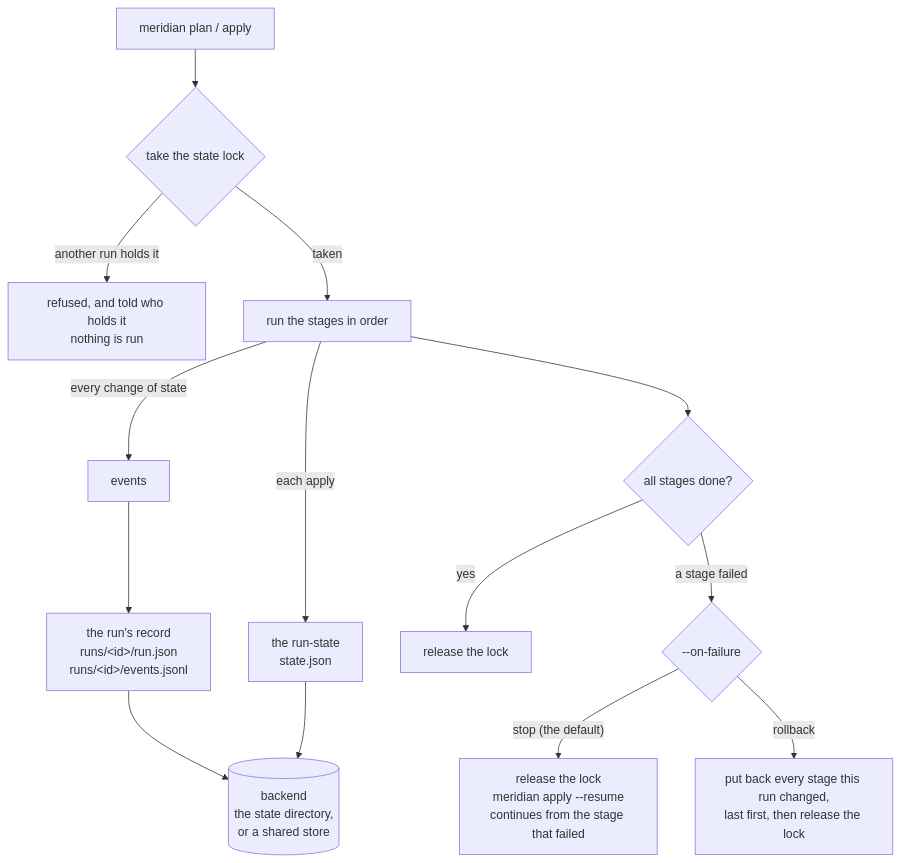
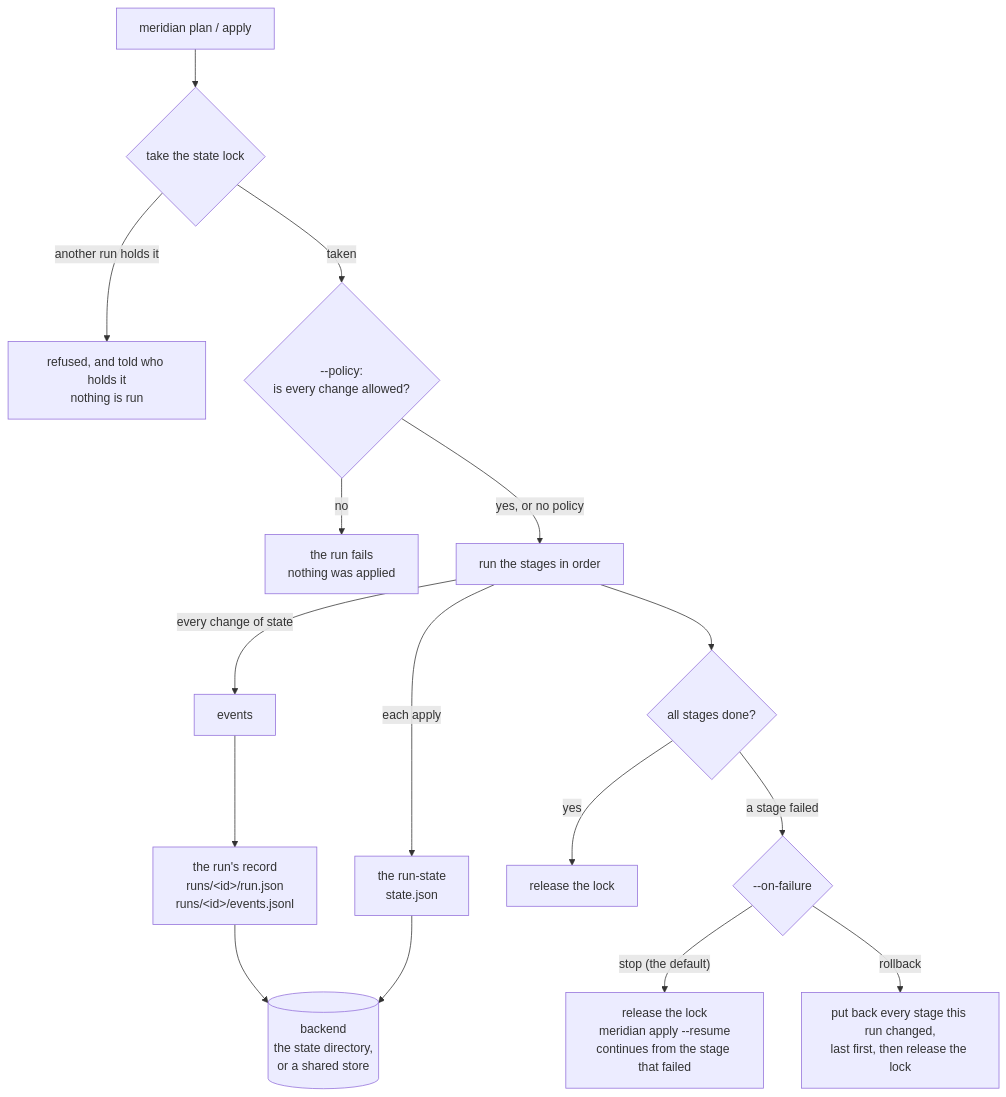
The first of 6 diagrams in docs/concepts/run-safety.md (Gorkem-Taha/meridian-core), drawn with Mermaid before and after one commit. The commit also changed other lines of this file and 22 other files, not shown here.

First line of the commit message:
Run safety, part 3: ask a policy before a change is made

````diff
--- a/docs/concepts/run-safety.md
+++ b/docs/concepts/run-safety.md
@@ -8,16 +9,18 @@
 ```mermaid
 flowchart TB
     CMD["meridian plan / apply"] --> LOCK{"take the state lock"}
     LOCK -->|"another run holds it"| REFUSED["refused, and told who holds it<br/>nothing is run"]
-    LOCK -->|"taken"| STAGES["run the stages in order"]
+    LOCK -->|"taken"| POLICY{"--policy:<br/>is every change allowed?"}
+    POLICY -->|"no"| DENIED["the run fails<br/>nothing was applied"]
+    POLICY -->|"yes, or no policy"| STAGES["run the stages in order"]
     STAGES -->|"every change of state"| EVENTS["events"]
     EVENTS --> RECORD["the run's record<br/>runs/&lt;id&gt;/run.json<br/>runs/&lt;id&gt;/events.jsonl"]
     STAGES -->|"each apply"| STATE["the run-state<br/>state.json"]
     RECORD --> BACKEND[("backend<br/>the state directory,<br/>or a shared store")]
     STATE --> BACKEND
     STAGES --> DONE{"all stages done?"}
     DONE -->|"yes"| RELEASE["release the lock"]
     DONE -->|"a stage failed"| FAIL{"--on-failure"}
     FAIL -->|"stop (the default)"| RESUME["release the lock<br/>meridian apply --resume<br/>continues from the stage that failed"]
     FAIL -->|"rollback"| BACK["put back every stage this run changed,<br/>last first, then release the lock"]
 ```
````
